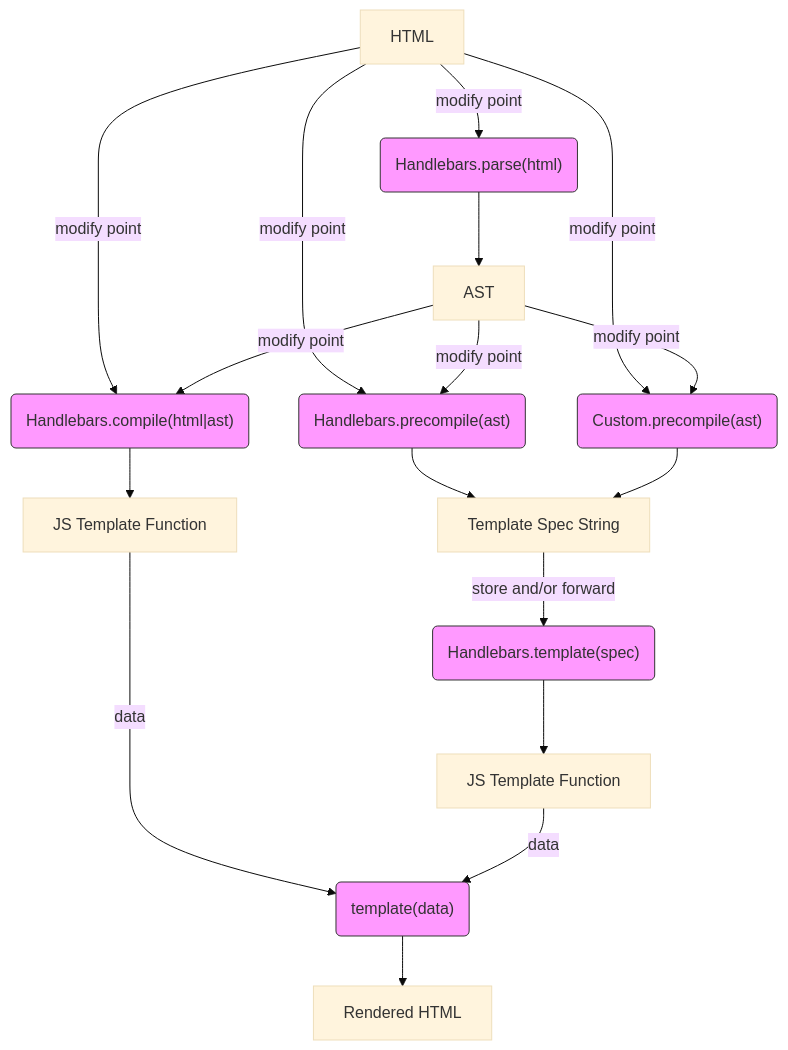
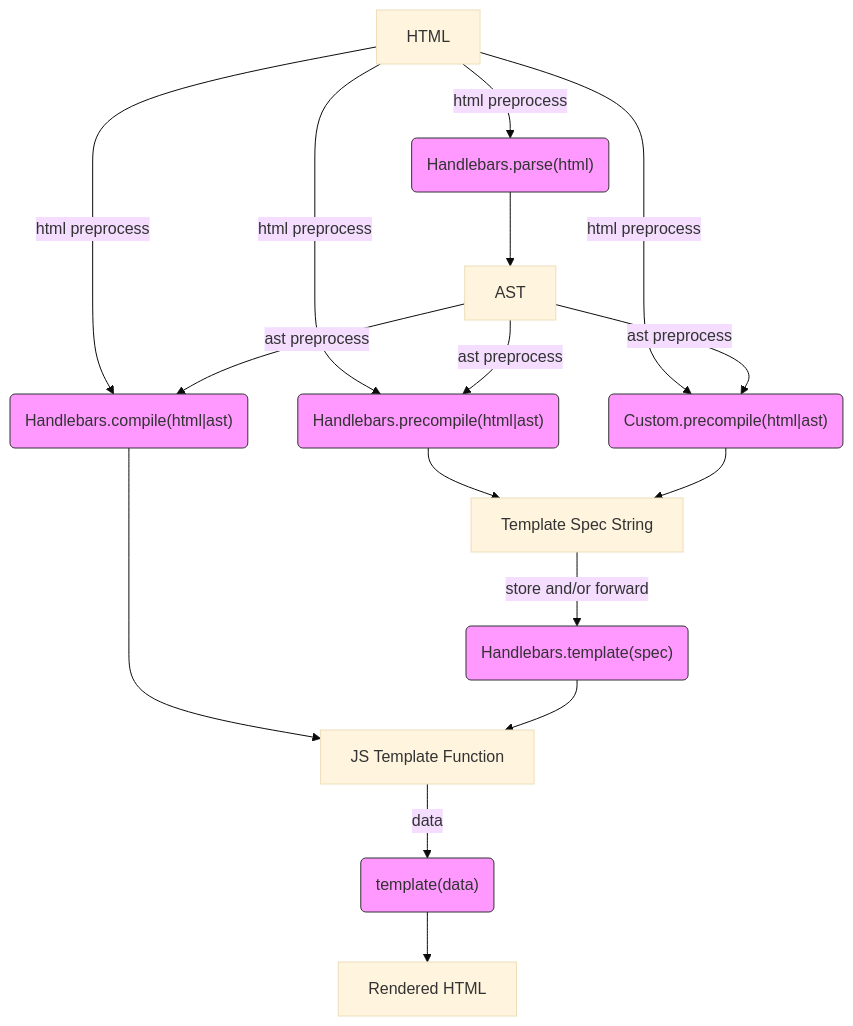
Before and after one commit to dhollenbeck/handlebars-internals: the diagram in docs/diagrams/workflow.md, drawn with Mermaid (base theme). The commit also changed other lines of this file and 3 other files, not shown here.

````diff
--- a/docs/diagrams/workflow.md
+++ b/docs/diagrams/workflow.md
@@ -5,27 +5,28 @@
 ```mermaid
 graph TD
-HTML --> |modify point|fncCompile
-HTML --> |modify point|fncPrecompile
-HTML --> |modify point|fncPrecompileCustom
-HTML -->|modify point|fncParse("Handlebars.parse(html)")
+HTML --> |html preprocess|fncCompile
+HTML --> |html preprocess|fncPrecompile
+HTML --> |html preprocess|fncPrecompileCustom
+HTML -->|html preprocess|fncParse("Handlebars.parse(html)")
 fncParse --> AST
-AST -->|modify point|fncCompile("Handlebars.compile(html|ast)")
-AST -->|modify point|fncPrecompile("Handlebars.precompile(ast)")
-AST -->|modify point|fncPrecompileCustom("Custom.precompile(ast)")
+AST -->|ast preprocess|fncCompile("Handlebars.compile(html|ast)")
+AST -->|ast preprocess|fncPrecompile("Handlebars.precompile(html|ast)")
+AST -->|ast preprocess|fncPrecompileCustom("Custom.precompile(html|ast)")
 fncCompile --> F[JS Template Function]
 F --> |data|fncTemplate("template(data)")
 fncPrecompile --> G[Template Spec String]
 fncPrecompileCustom --> G[Template Spec String]
 G -->|store and/or forward|fncRevive("Handlebars.template(spec)")
-fncRevive -->J[JS Template Function]
-J --> |data|fncTemplate("template(data)")
+fncRevive -->F[JS Template Function]
 fncTemplate -->RHTML[Rendered HTML]
 
 classDef fncStyle fill:#f9f,stroke:#333,stroke-width:1px;
 class fncParse fncStyle;
 class fncCompile fncStyle;
 class fncPrecompile fncStyle;
 class fncPrecompileCustom fncStyle;
 class fncRevive fncStyle;
 class fncTemplate fncStyle;
+
+
 ```
````
